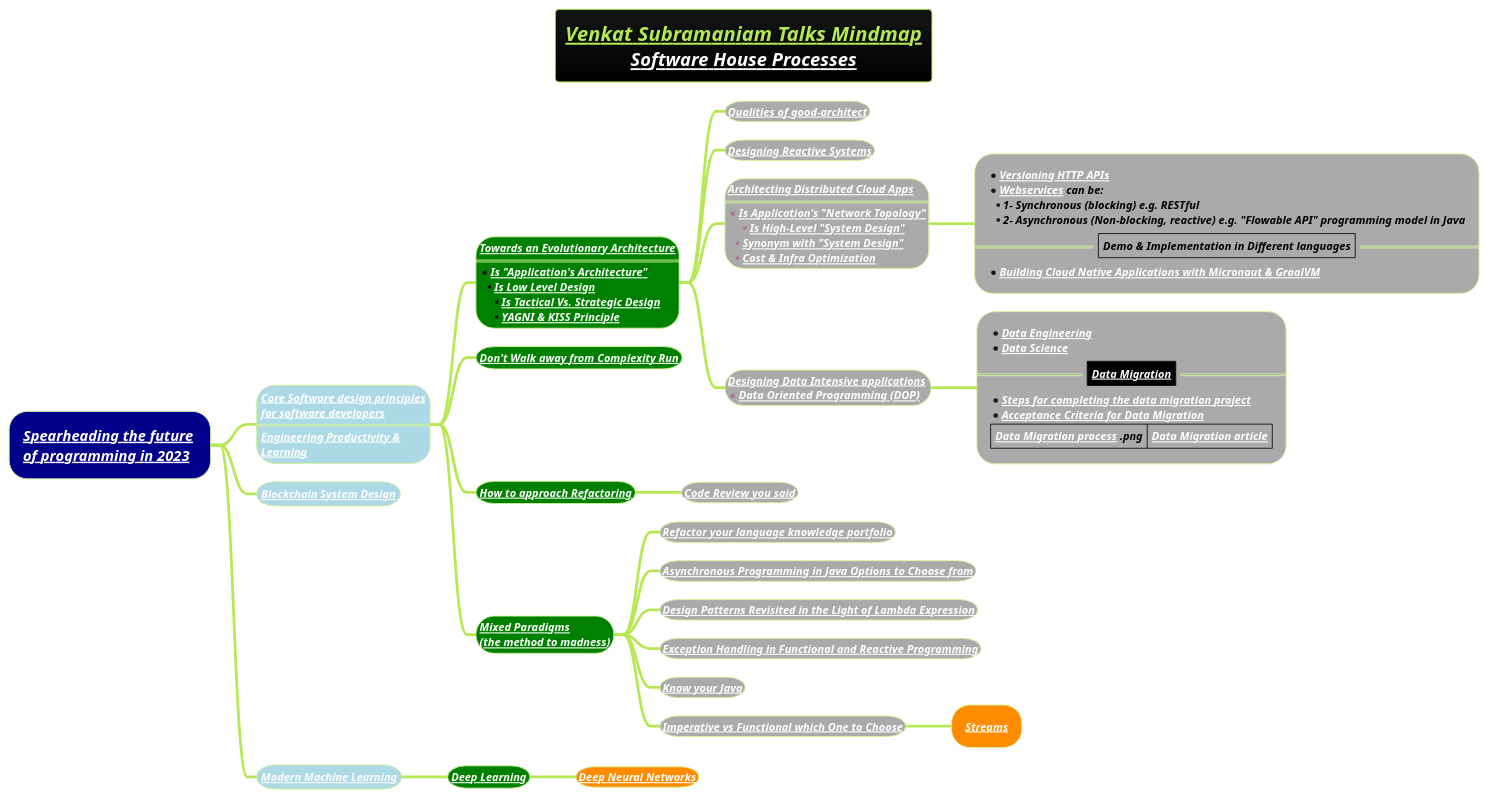
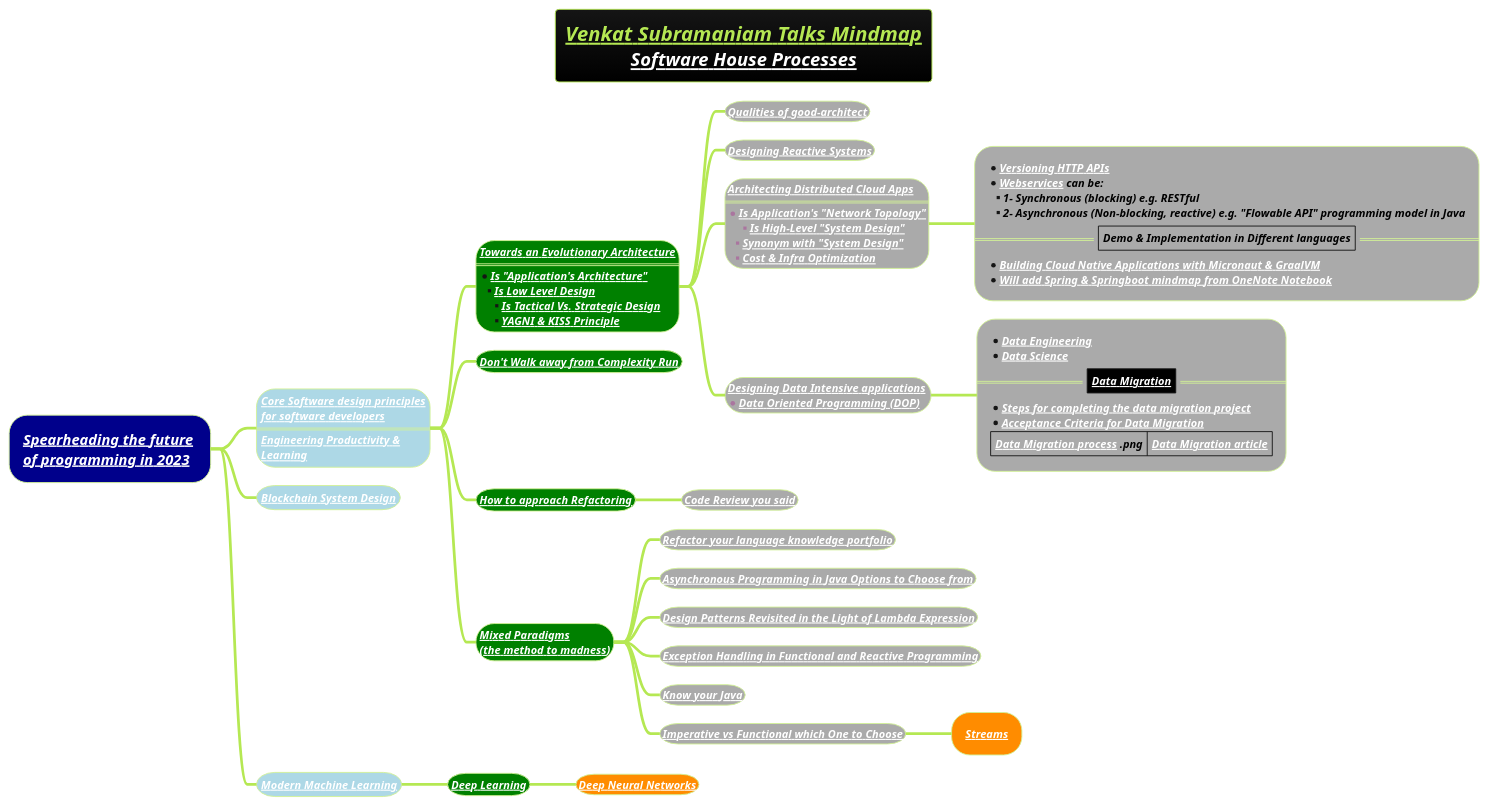
One commit to MehmoodHashmi/Documentation-as-Code-DaC changed the diagram in docs/3-programming-languages/Venkat-Subramaniam/venkat-talks-mindmap.puml. Above: the diagram before and after it, drawn with PlantUML. The commit also changed 1 other file, not shown here.

```diff
--- a/docs/3-programming-languages/Venkat-Subramaniam/venkat-talks-mindmap.puml
+++ b/docs/3-programming-languages/Venkat-Subramaniam/venkat-talks-mindmap.puml
@@ -1,61 +1,63 @@
 @startmindmap
 title =<i><b><u><size:18>Venkat Subramaniam Talks Mindmap \n<i>[[docs/1-business-analyst/client-management/software-house/Software-House-Processes.puml Software House Processes]]
 !theme hacker
 
 *[#darkblue] <i><color #black>[[docs/3-programming-languages/Venkat-Subramaniam/Spearheading-the-future-of-programming-2023.puml Spearheading the future]] \n<i><color #black>[[docs/3-programming-languages/Venkat-Subramaniam/Spearheading-the-future-of-programming-2023.puml of programming in 2023]]
 **[#lightblue]:<color:white><i><size:12>[[docs/3-programming-languages/Venkat-Subramaniam/Core-Software-design-principles-for-software-developers.puml Core Software design principles]]
 <color:white><i><size:12>[[docs/3-programming-languages/Venkat-Subramaniam/Core-Software-design-principles-for-software-developers.puml for software developers]]
 ====
 <b><i><color #black><size:12>[[docs/3-programming-languages/Venkat-Subramaniam/Engineering-Productivity-and-Learning.puml Engineering Productivity &]]
 <b><i><color #black><size:12>[[docs/3-programming-languages/Venkat-Subramaniam/Engineering-Productivity-and-Learning.puml Learning]];
 
 ***[#green]:<b><i><color #black><size:12>[[docs/3-programming-languages/Venkat-Subramaniam/Towards-an-Evolutionary-Architecture.puml Towards an Evolutionary Architecture]]
 ====
 *<b><i><color #black><size:12>[[docs/3-programming-languages/Venkat-Subramaniam/images/img_149.png Is "Application's Architecture"]]
 **<b><i><color #black><size:12>[[docs/3-programming-languages/Venkat-Subramaniam/Towards-an-Evolutionary-Architecture.puml Is Low Level Design]]
 ***<b><i><color #black><size:12>[[docs/3-programming-languages/Venkat-Subramaniam/Core-Software-design-principles-for-software-developers.puml Is Tactical Vs. Strategic Design]]
 ***<b><i><color #black><size:12>[[docs/3-programming-languages/Venkat-Subramaniam/Towards-an-Evolutionary-Architecture.puml YAGNI & KISS Principle]];
 
 ****[#a] <b><i><color #black><size:12>[[docs/3-programming-languages/Venkat-Subramaniam/Qualities-of-good-architect.puml Qualities of good-architect]]
 ****[#a] <b><i><color #black><size:12>[[docs/3-programming-languages/Venkat-Subramaniam/Designing-Reactive-Systems.puml Designing Reactive Systems]]
 
 ****[#a]:<b><i><color #black><size:12>[[docs/3-programming-languages/Venkat-Subramaniam/Architecting-Distributed-Cloud-Apps.puml Architecting Distributed Cloud Apps]]
 ====
 *<b><i><color #black><size:12>[[docs/3-programming-languages/Venkat-Subramaniam/images/img_149.png Is Application's "Network Topology"]]
 ***<b><i><color #black><size:12>[[docs/3-programming-languages/Venkat-Subramaniam/Architecting-Distributed-Cloud-Apps.puml Is High-Level "System Design"]]
 **<b><i><color #black><size:12>[[docs/3-programming-languages/Venkat-Subramaniam/Architecting-Distributed-Cloud-Apps.puml Synonym with "System Design"]]
 **<b><i><color #black><size:12>[[docs/3-programming-languages/Venkat-Subramaniam/Architecting-Distributed-Cloud-Apps.puml Cost & Infra Optimization]];
 
 *****[#a]:*<b><i><color #black><size:12>[[docs/3-programming-languages/Venkat-Subramaniam/Architecting-Distributed-Cloud-Apps.puml Versioning HTTP APIs]]
 *<b><i><color #black><size:12>[[docs/3-programming-languages/Venkat-Subramaniam/webservice.puml Webservices]] can be:
 **<b><i><color #black><size:12>1- Synchronous (blocking) e.g. RESTful
 **<b><i><color #black><size:12>2- Asynchronous (Non-blocking, reactive) e.g. "Flowable API" programming model in Java
 ==|<b><i><color #black><size:12>Demo & Implementation in Different languages|==
-*<b><i><color #black><size:12>[[docs/3-programming-languages/Venkat-Subramaniam/Building-Cloud-Native-Applications-with-Micronaut-and-GraalVM.puml Building Cloud Native Applications with Micronaut & GraalVM]];
+*<b><i><color #black><size:12>[[docs/3-programming-languages/Venkat-Subramaniam/Building-Cloud-Native-Applications-with-Micronaut-and-GraalVM.puml Building Cloud Native Applications with Micronaut & GraalVM]]
+*<b><i><color #black><size:12>[[docs/3-programming-languages/Venkat-Subramaniam/Building-Cloud-Native-Applications-with-Micronaut-and-GraalVM.puml Will add Spring & Springboot mindmap from OneNote Notebook]];
+
 ****[#a] <b><i><color #black><size:12>[[docs/books/1-books-backlog/DBMS/Designing-Data-Intensive-Applications.puml Designing Data Intensive applications]] \n*<b><i><color #black><size:12>[[docs/books/1-books-backlog/DBMS/Designing-Data-Intensive-Applications.puml Data Oriented Programming (DOP)]]
 *****[#a]:*<b><i><color #black><size:12>[[docs/AI-ML-DL-Data-Science-and-BigData/data-science/data-engineering/Data-Engineering.puml Data Engineering]]
 *<b><i><color #black><size:12>[[docs/AI-ML-DL-Data-Science-and-BigData/data-science/Data-Science.puml Data Science]]
 ==|<#black><b><i><color #black><size:12>[[docs/AI-ML-DL-Data-Science-and-BigData/data-science/data-or-database-migration/Data-Migration.puml Data Migration]]|==
 *<b><i><color #black><size:12>[[docs/AI-ML-DL-Data-Science-and-BigData/data-science/data-or-database-migration/steps-for-completing-the-data-migration-project.puml Steps for completing the data migration project]]
 *<b><i><color #black><size:12>[[docs/AI-ML-DL-Data-Science-and-BigData/data-science/data-or-database-migration/Acceptance-Criteria-for-Data-Migration.puml Acceptance Criteria for Data Migration]]
 |<b><i><color #black><size:12>[[docs/AI-ML-DL-Data-Science-and-BigData/data-science/data-or-database-migration/images/img_1.png Data Migration process]] .png|<b><i><color #black><size:12>[[https://corporatefinanceinstitute.com/resources/data-science/data-migration/ Data Migration article]]|;
 
 ***[#green] <b><i><color #black><size:12>[[docs/3-programming-languages/Venkat-Subramaniam/Do-not-Walk-Away-From-Complexity-Run.puml Don't Walk away from Complexity Run]]
 ***[#green] <b><i><color #black><size:12>[[docs/3-programming-languages/Venkat-Subramaniam/how-to-approach-refactoring.puml How to approach Refactoring]]
 ****[#a] <b><i><color #black><size:12>[[docs/3-programming-languages/Venkat-Subramaniam/Code-Review-you-said.puml Code Review you said]]
 ***[#green] <b><i><color #black><size:12>[[docs/3-programming-languages/Venkat-Subramaniam/mixed-paradigms-(the-method-to-madness).puml Mixed Paradigms]] \n<b><i><color #black><size:12>[[docs/3-programming-languages/Venkat-Subramaniam/mixed-paradigms-(the-method-to-madness).puml (the method to madness)]]
 ****[#a] <b><i><color #black><size:12>[[docs/3-programming-languages/Venkat-Subramaniam/Refactor-your-language-knowledge-portfolio-(we-are-what-we-can-code-in).puml Refactor your language knowledge portfolio]]
 ****[#a] <b><i><color #black><size:12>[[docs/3-programming-languages/Venkat-Subramaniam/Asynchronous-Programming-in-Java-Options-to-Choose-from.puml Asynchronous Programming in Java Options to Choose from]]
 ****[#a] <b><i><color #black><size:12>[[docs/3-programming-languages/Venkat-Subramaniam/Design-Patterns-revisited-in-the-Light-of-Lambda-Expression.puml Design Patterns Revisited in the Light of Lambda Expression]]
 ****[#a] <b><i><color #black><size:12>[[docs/3-programming-languages/Venkat-Subramaniam/Exception-Handling-in-Functional-and-Reactive-Programming.puml Exception Handling in Functional and Reactive Programming]]
 ****[#a] <b><i><color #black><size:12>[[docs/3-programming-languages/Venkat-Subramaniam/Know-your-java-venkat.puml Know your Java]]
 ****[#a] <b><i><color #black><size:12>[[docs/3-programming-languages/Venkat-Subramaniam/Imperative-vs-Functional-Which-one-to-Choose.puml Imperative vs Functional which One to Choose]]
 *****[#darkorange] <b><i><color #black><size:12>[[docs/3-programming-languages/Venkat-Subramaniam/Streams.puml Streams]]
 
 **[#lightblue] <color:white><i><size:12>[[docs/blockchain/Blockchain-System-Design.puml Blockchain System Design]]
 
 **[#lightblue] <b><i><color #black><size:12>[[docs/AI-ML-DL-Data-Science-and-BigData/machine-learning-ML/Modern-Machine-Learning.puml Modern Machine Learning]]
 ***[#green] <b><i><color #black><size:12>[[docs/AI-ML-DL-Data-Science-and-BigData/machine-learning-ML/3-deep-learning-DL/Deep-Learning.puml Deep Learning]]
 ****[#darkorange] <b><i><color #black><size:12>[[docs/AI-ML-DL-Data-Science-and-BigData/machine-learning-ML/3-deep-learning-DL/Neural-Network-Architecture.puml Deep Neural Networks]]
 
 @endmindmap
```
